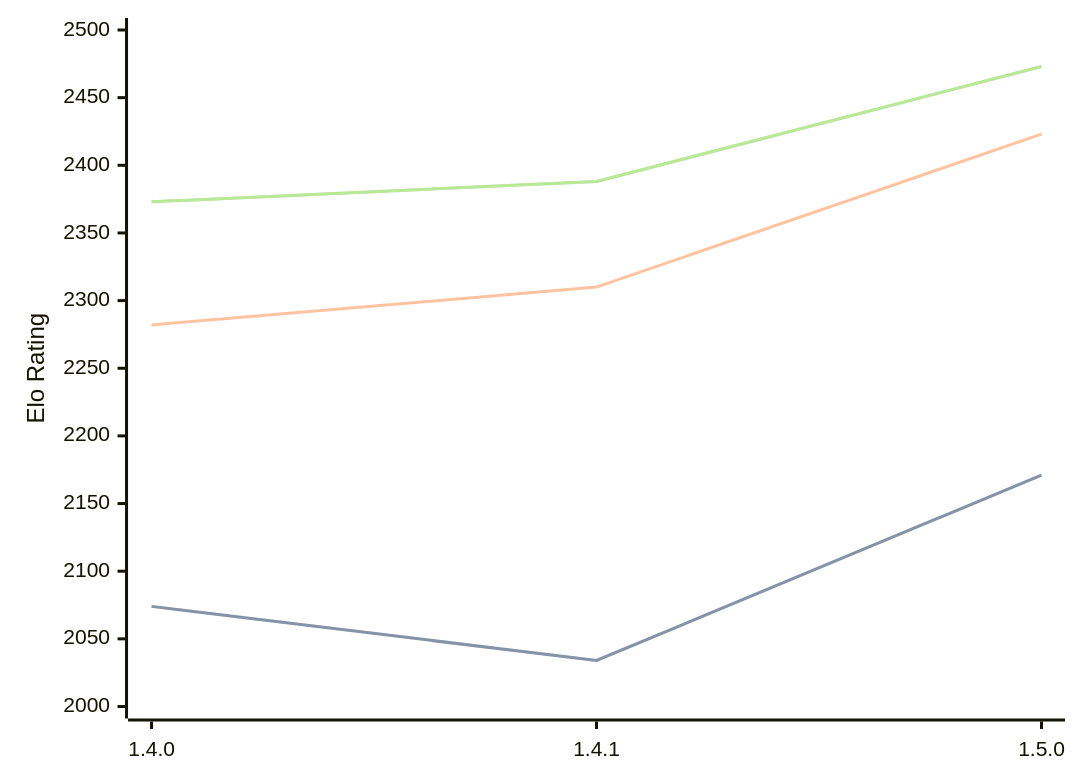
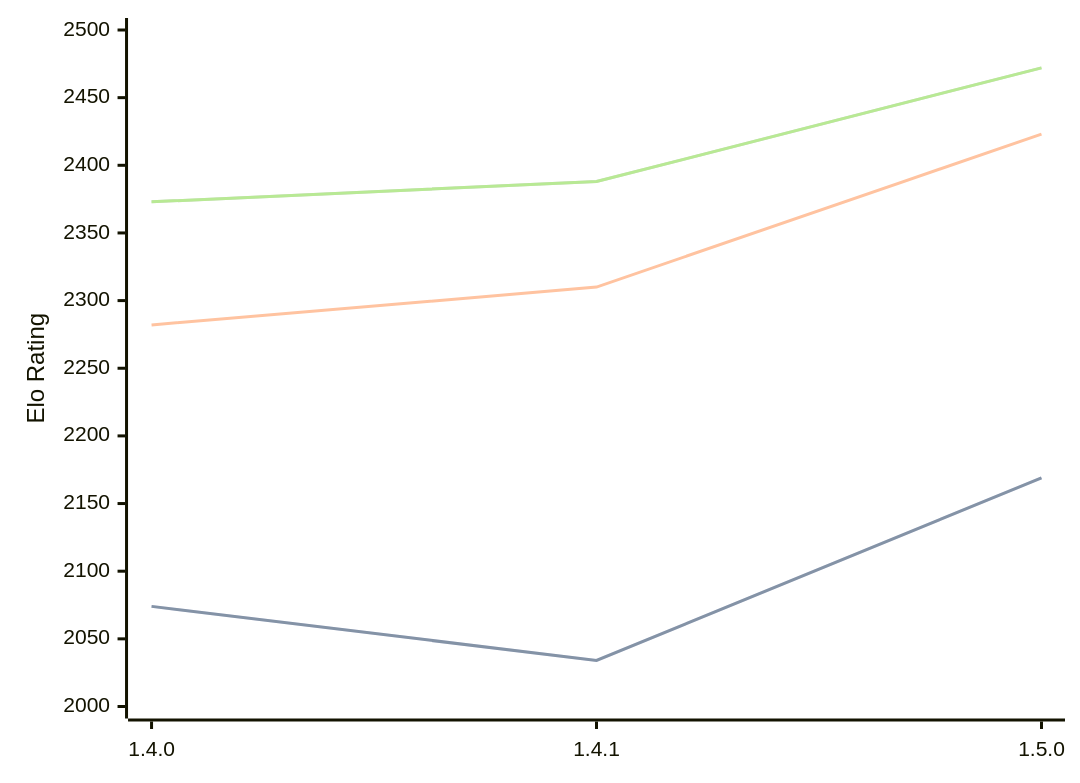
The diagram in engines/Tofiks.md (computer-chess-index/cci), drawn with Mermaid before and after one commit. The commit also changed other lines of this file, not shown here.

Commit message:
Update CCI Ratings (ELO VLTC) - 2026-07-29

````diff
--- a/engines/Tofiks.md
+++ b/engines/Tofiks.md
@@ -37,11 +37,11 @@
 ```mermaid
 %%{init: {"theme":"base","themeVariables":{"seriesColors:['#a3a3a3','#222221','#faa371']}}}%%
 xychart-beta
   x-axis ["1.4.0", "1.4.1", "1.5.0"]
   y-axis "Elo Rating" 2000 --> 2500
-  line "STC (8.0+0.08s)" [2074, 2034, 2171]
-  line "STC (8.0+0.08s)" [2074, 2034, 2171]
+  line "STC (8.0+0.08s)" [2074, 2034, 2169]
+  line "STC (8.0+0.08s)" [2074, 2034, 2169]
   line "LTC (60.0+0.60s)" [2282, 2310, 2423]
-  line "VLTC (2m24s+1.12s)" [2373, 2388, 2473]
-  line "VLTC (2m24s+1.12s)" [2373, 2388, 2473]
+  line "VLTC (2m24s+1.12s)" [2373, 2388, 2472]
+  line "VLTC (2m24s+1.12s)" [2373, 2388, 2472]
 ```
````
